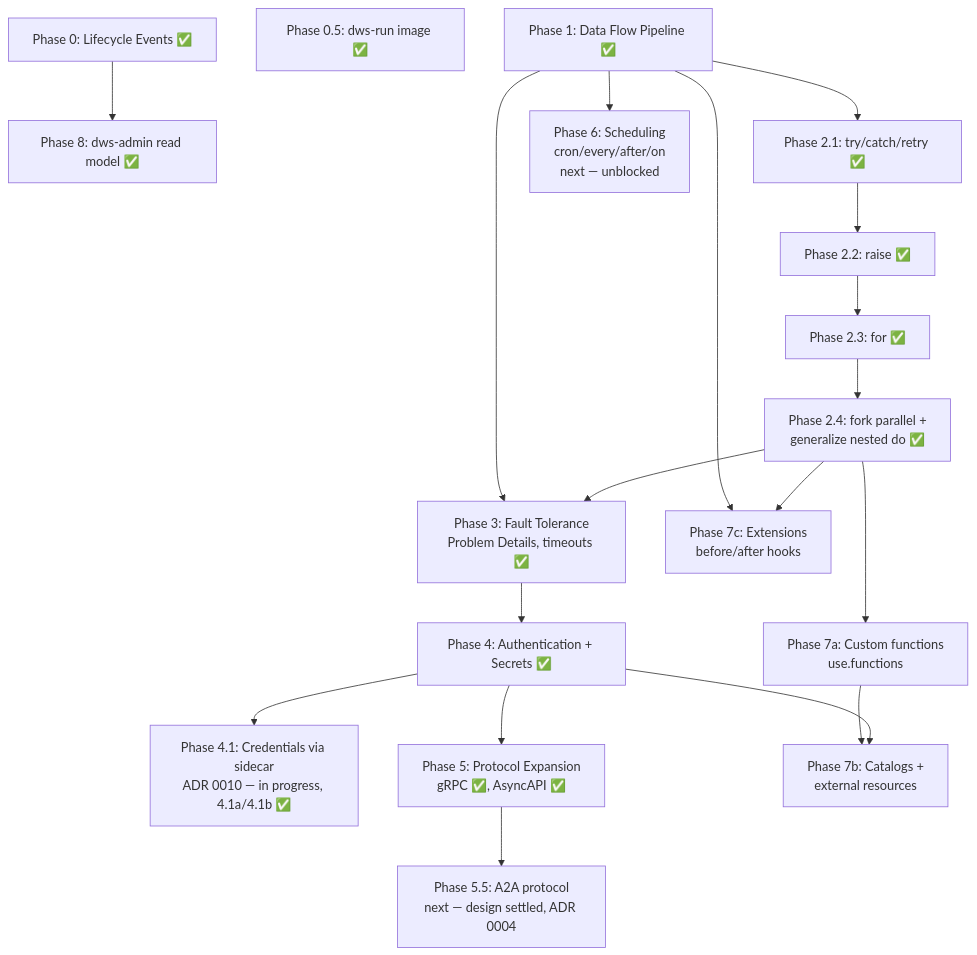
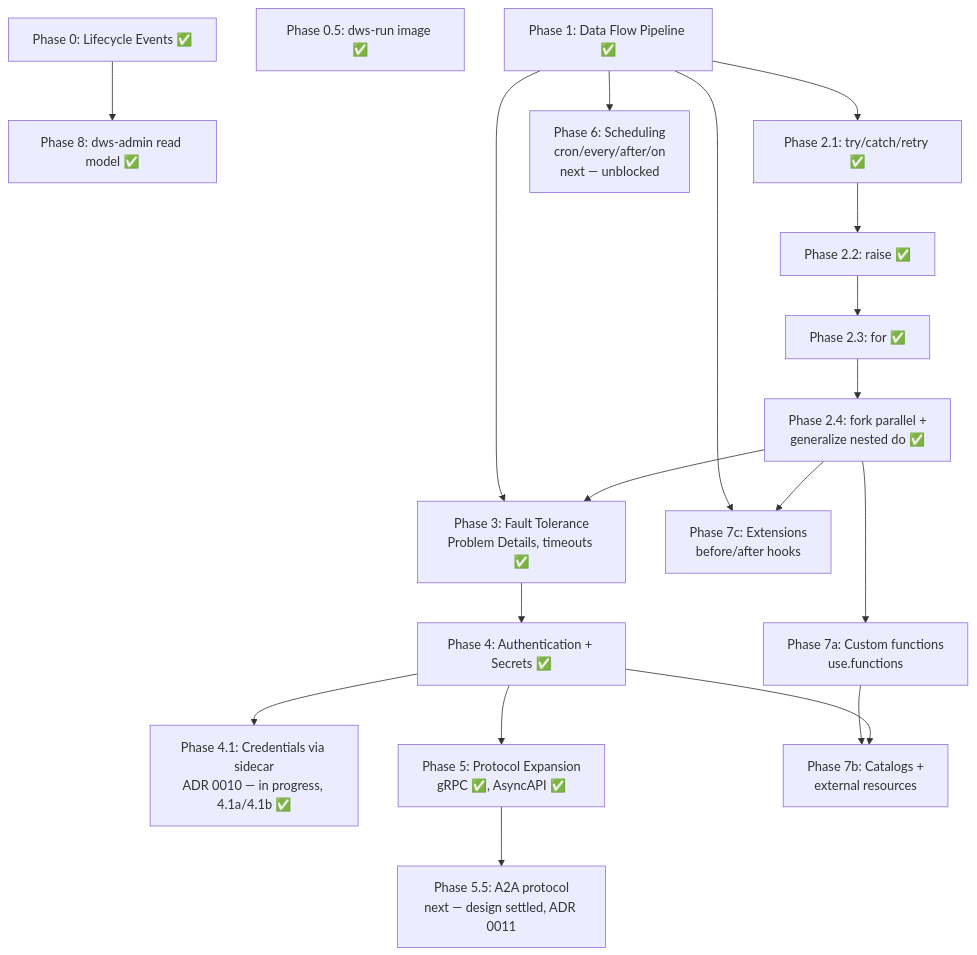
Before and after one commit to tonylibs/dapr-workflow-spec: the diagram in docs/roadmaps/openworkflow-features.md, drawn with Mermaid. The commit also changed other lines of this file and 36 other files, not shown here.

````diff
--- a/docs/roadmaps/openworkflow-features.md
+++ b/docs/roadmaps/openworkflow-features.md
@@ -50,21 +50,21 @@
 ```mermaid
 flowchart TD
   P0[Phase 0: Lifecycle Events ✅] --> P8[Phase 8: dws-admin read model ✅]
   P05[Phase 0.5: dws-run image ✅]
   P1[Phase 1: Data Flow Pipeline ✅] --> P2a[Phase 2.1: try/catch/retry ✅]
   P2a --> P2b[Phase 2.2: raise ✅]
   P2b --> P2c[Phase 2.3: for ✅]
   P2c --> P2d[Phase 2.4: fork parallel +<br/>generalize nested do ✅]
   P1 --> P3[Phase 3: Fault Tolerance<br/>Problem Details, timeouts ✅]
   P2d --> P3
   P3 --> P4[Phase 4: Authentication + Secrets ✅]
   P4 --> P41[Phase 4.1: Credentials via sidecar<br/>ADR 0010 — in progress, 4.1a/4.1b ✅]
   P4 --> P5[Phase 5: Protocol Expansion<br/>gRPC ✅, AsyncAPI ✅]
-  P5 --> P55[Phase 5.5: A2A protocol<br/>next — design settled, ADR 0004]
+  P5 --> P55[Phase 5.5: A2A protocol<br/>next — design settled, ADR 0011]
   P1 --> P6[Phase 6: Scheduling<br/>cron/every/after/on<br/>next — unblocked]
   P2d --> P7a[Phase 7a: Custom functions<br/>use.functions]
   P7a --> P7b[Phase 7b: Catalogs +<br/>external resources]
   P4 --> P7b
   P1 --> P7c[Phase 7c: Extensions<br/>before/after hooks]
   P2d --> P7c
 ```
````
